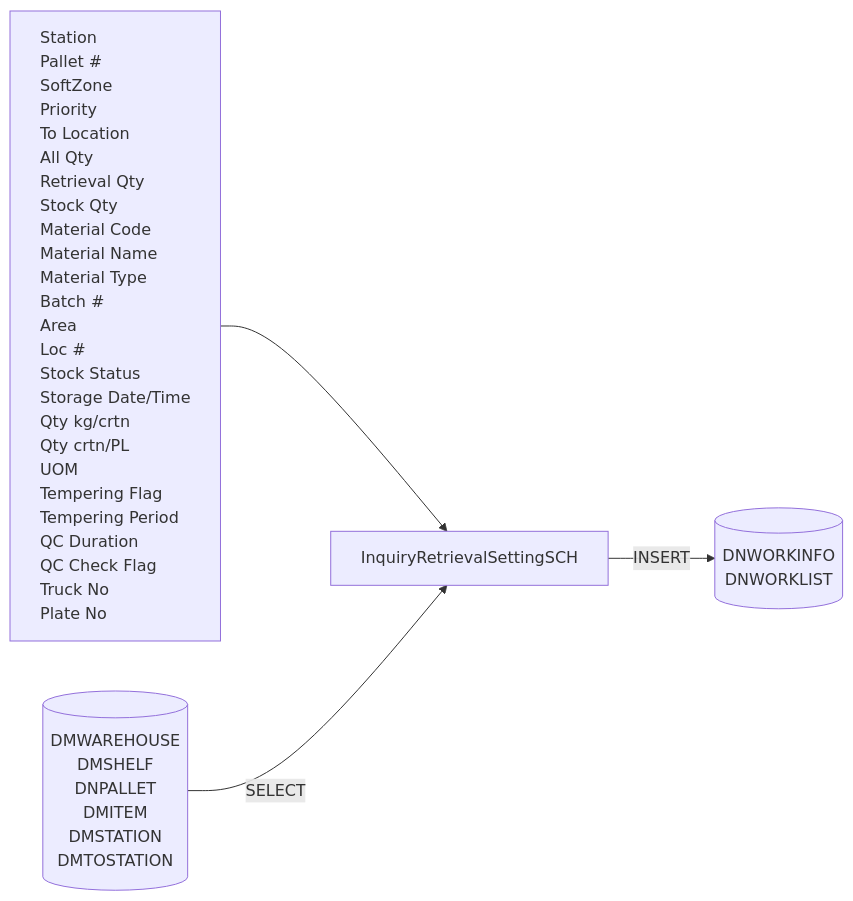
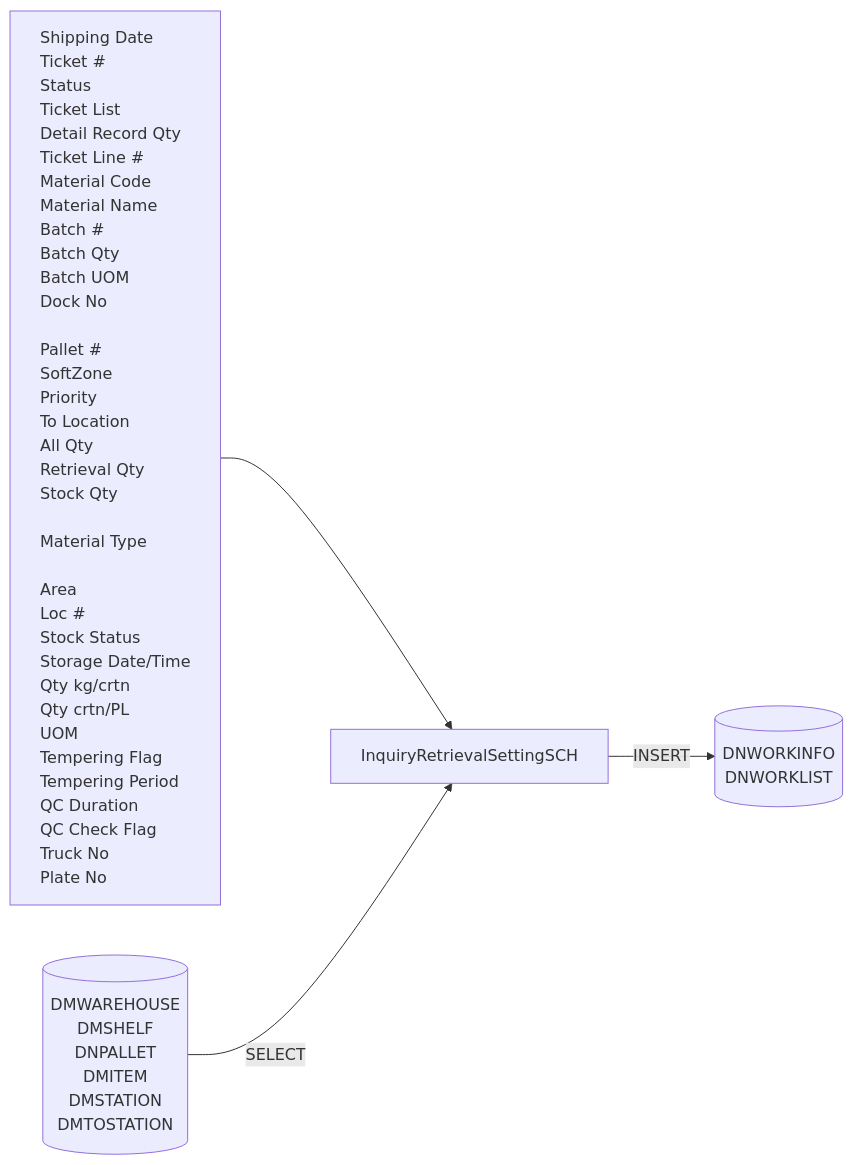
One commit to luthfiadityaa/SimeDarby-Wiki changed the third of 11 diagrams in Basic-Design/DFD-WMS/Retrieval/Planned-Retrieval-to-HP-Area.md. Above: the diagram before and after it, drawn with Mermaid.

Commit message:
Updated Planned Retrieval to HP Area

```diff
--- a/Basic-Design/DFD-WMS/Retrieval/Planned-Retrieval-to-HP-Area.md
+++ b/Basic-Design/DFD-WMS/Retrieval/Planned-Retrieval-to-HP-Area.md
@@ -111,52 +111,63 @@
 ::: mermaid
 flowchart LR
     input[
-        Station
+        Shipping Date
+        Ticket #
+        Status
+        Ticket List
+        Detail Record Qty
+        Ticket Line #
+        Material Code
+        Material Name
+        Batch #
+        Batch Qty
+        Batch UOM
+        Dock No
+
         Pallet #
         SoftZone
         Priority
         To Location
         All Qty
         Retrieval Qty
         Stock Qty
-        Material Code
-        Material Name
+        
         Material Type
-        Batch #
+        
         Area
         Loc #
         Stock Status
         Storage Date/Time
         Qty kg/crtn
         Qty crtn/PL
         UOM
         Tempering Flag
         Tempering Period
         QC Duration
         QC Check Flag
         Truck No
         Plate No
     ]
 
     tableList-insert[("
         DNWORKINFO
         DNWORKLIST
     ")]
 
      tableList-select[("
         DMWAREHOUSE
         DMSHELF
         DNPALLET
         DMITEM
         DMSTATION
         DMTOSTATION
     ")]
 
     className[InquiryRetrievalSettingSCH]
 
     input --> className --> |INSERT| tableList-insert
     tableList-select --> |SELECT| className
 
     classDef leftAlign text-align:left;
     class input leftAlign;
 :::
```
